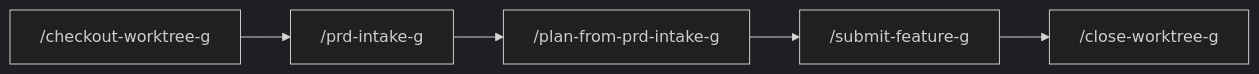
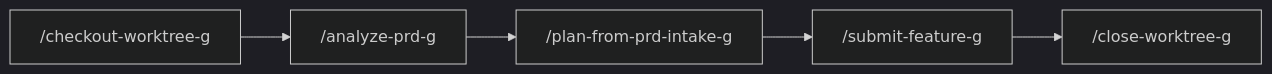
One commit to SRachamim/etc-nixos changed the first of 19 diagrams in home/file/agents/skills/knowledge/workflow-catalog-g/SKILL.md. Above: the diagram before and after it, drawn with Mermaid (dark theme). The commit also changed other lines of this file and 7 other files, not shown here.

First line of the commit message:
Rename prd-intake-g to analyze-prd-g

````diff
--- a/home/file/agents/skills/knowledge/workflow-catalog-g/SKILL.md
+++ b/home/file/agents/skills/knowledge/workflow-catalog-g/SKILL.md
@@ -16,7 +16,7 @@
 ```mermaid
 flowchart LR
-  A["/checkout-worktree-g"] --> B["/prd-intake-g"]
+  A["/checkout-worktree-g"] --> B["/analyze-prd-g"]
   B --> C["/plan-from-prd-intake-g"]
   C --> D["/submit-feature-g"]
   D --> E["/close-worktree-g"]
 ```
````
